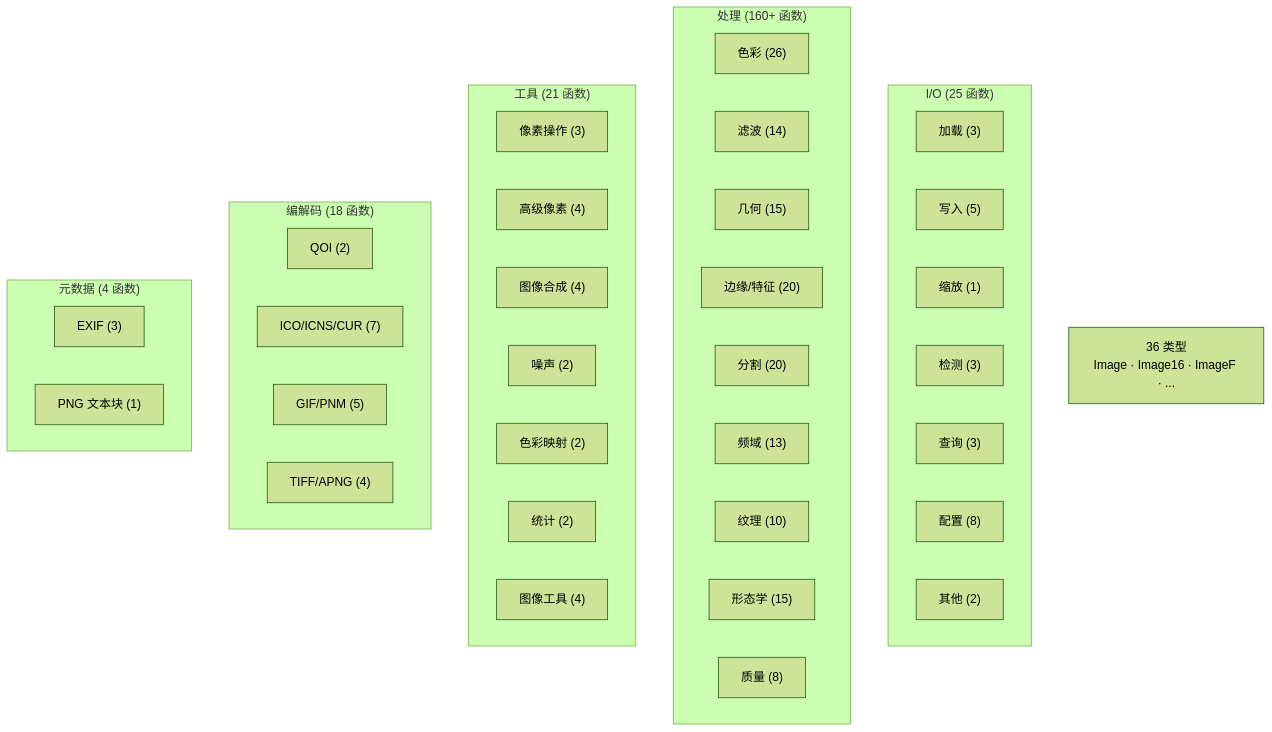
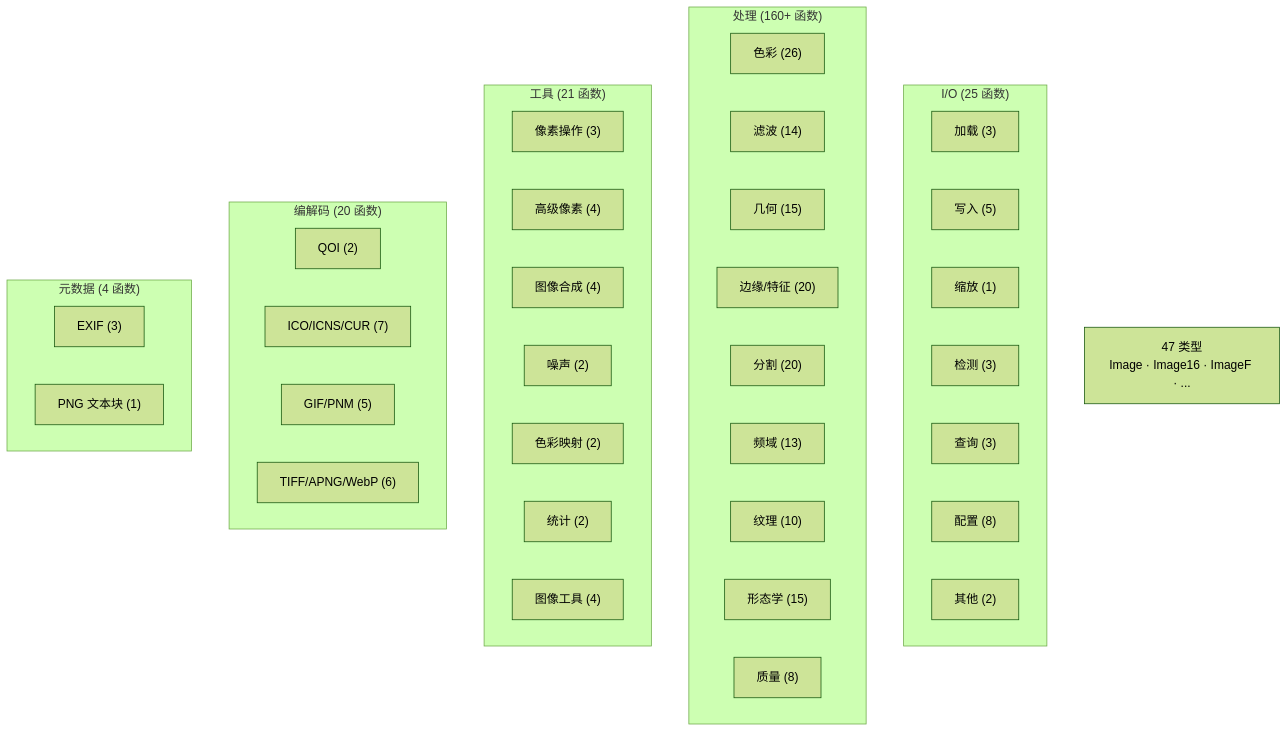
One commit to toadium/stb-image changed diagram 13 of 14 in docs/architecture.md. Above: the diagram before and after it, drawn with Mermaid (forest theme). The commit also changed other lines of this file and 6 other files, not shown here.

````diff
--- a/docs/architecture.md
+++ b/docs/architecture.md
@@ -392,48 +392,48 @@
 ```mermaid
 flowchart TB
     subgraph IO["I/O (25 函数)"]
         Load["加载 (3)"]
         Write["写入 (5)"]
         Resize["缩放 (1)"]
         Detect["检测 (3)"]
         Query["查询 (3)"]
         Config["配置 (8)"]
         FileIO["其他 (2)"]
     end
 
     subgraph Proc["处理 (160+ 函数)"]
         Color["色彩 (26)"]
         Filter["滤波 (14)"]
         Geo["几何 (15)"]
         Edge["边缘/特征 (20)"]
         Seg["分割 (20)"]
         Freq["频域 (13)"]
         Tex["纹理 (10)"]
         Morph["形态学 (15)"]
         Qual["质量 (8)"]
     end
 
     subgraph UtilFn["工具 (21 函数)"]
         Pixel["像素操作 (3)"]
         PixelAdv["高级像素 (4)"]
         Compose["图像合成 (4)"]
         Noise["噪声 (2)"]
         ColorMap["色彩映射 (2)"]
         Stats["统计 (2)"]
         UtilMisc["图像工具 (4)"]
     end
 
-    subgraph Codec["编解码 (18 函数)"]
+    subgraph Codec["编解码 (20 函数)"]
         QOI["QOI (2)"]
         ICO["ICO/ICNS/CUR (7)"]
         GIF["GIF/PNM (5)"]
-        TIFF["TIFF/APNG (4)"]
+        TIFF["TIFF/APNG/WebP (6)"]
     end
 
     subgraph MetaFn["元数据 (4 函数)"]
         EXIF["EXIF (3)"]
         PNG["PNG 文本块 (1)"]
     end
 
-    Types["36 类型<br/>Image · Image16 · ImageF · ..."]
+    Types["47 类型<br/>Image · Image16 · ImageF · ..."]
 ```
````
